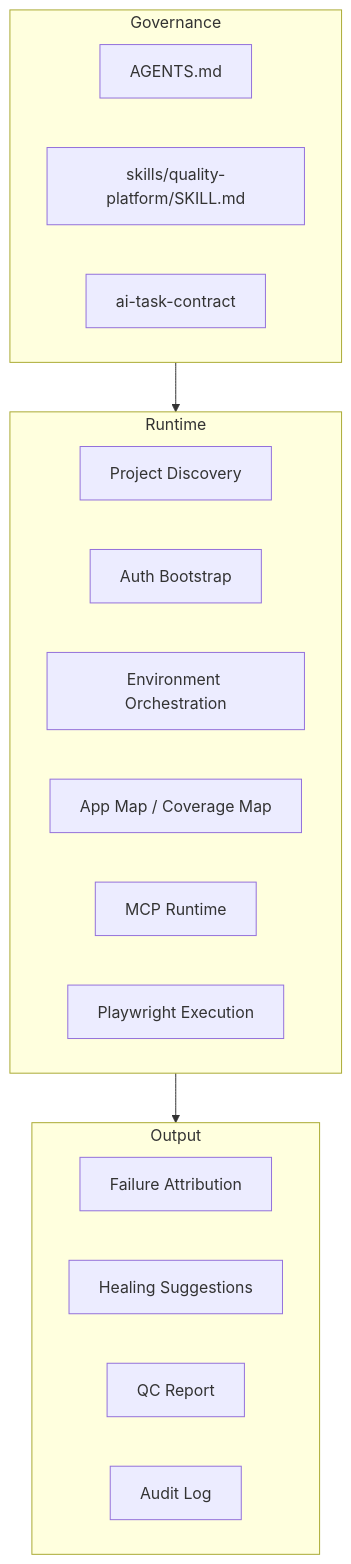
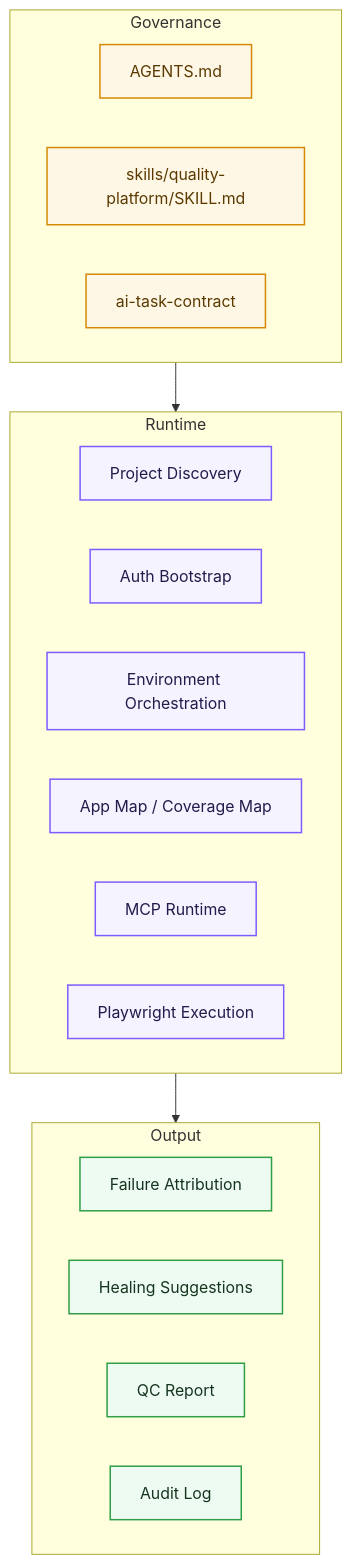
One commit to Qin-BL/quality-platform changed the second of 4 diagrams in README.md. Above: the diagram before and after it, drawn with Mermaid. The commit also changed other lines of this file and 2 other files, not shown here.

Commit message:
Style Mermaid diagrams for readability

```diff
--- a/README.md
+++ b/README.md
@@ -38,23 +44,29 @@
 ::: mermaid
 graph TD
     subgraph Governance
         G1["AGENTS.md"]
         G2["skills/quality-platform/SKILL.md"]
         G3["ai-task-contract"]
     end
     subgraph Runtime
         R1["Project Discovery"]
         R2["Auth Bootstrap"]
         R3["Environment Orchestration"]
         R4["App Map / Coverage Map"]
         R5["MCP Runtime"]
         R6["Playwright Execution"]
     end
     subgraph Output
         O1["Failure Attribution"]
         O2["Healing Suggestions"]
         O3["QC Report"]
         O4["Audit Log"]
     end
     Governance --> Runtime --> Output
+    classDef governance fill:#fff7e6,stroke:#d48806,color:#5b3a00,stroke-width:1.5px;
+    classDef runtime fill:#f5f3ff,stroke:#7c5cff,color:#221b4b,stroke-width:1.5px;
+    classDef output fill:#eefbf3,stroke:#2f9e44,color:#16351f,stroke-width:1.5px;
+    class G1,G2,G3 governance;
+    class R1,R2,R3,R4,R5,R6 runtime;
+    class O1,O2,O3,O4 output;
 :::
```
